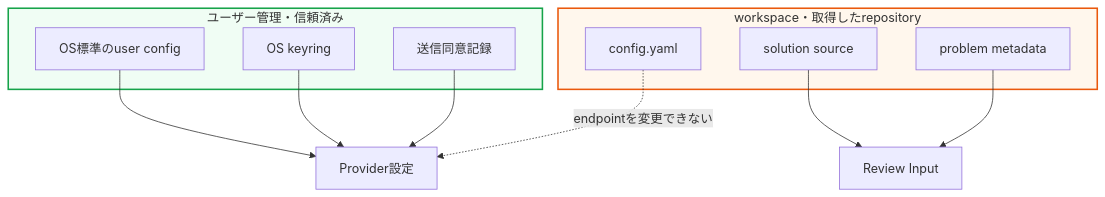
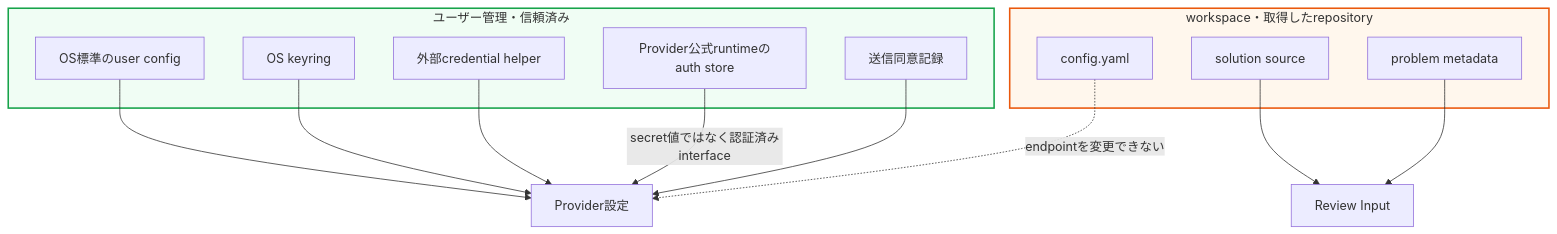
Before and after one commit to mgmaru/algo-loom: the second of 6 diagrams in design/llm-provider-design.md, drawn with Mermaid. The commit also changed other lines of this file, not shown here.

````diff
--- a/design/llm-provider-design.md
+++ b/design/llm-provider-design.md
@@ -215,24 +306,28 @@
 ```mermaid
 flowchart TB
     subgraph Trusted[ユーザー管理・信頼済み]
         GLOBAL[OS標準のuser config]
         KEYRING[OS keyring]
+        HELPER[外部credential helper]
+        RUNTIME[Provider公式runtimeのauth store]
         CONSENT[送信同意記録]
     end
 
     subgraph Untrusted[workspace・取得したrepository]
         PROJECT[config.yaml]
         SOURCE[solution source]
         META[problem metadata]
     end
 
     GLOBAL --> PROVIDER[Provider設定]
     KEYRING --> PROVIDER
+    HELPER --> PROVIDER
+    RUNTIME -->|secret値ではなく認証済みinterface| PROVIDER
     CONSENT --> PROVIDER
     PROJECT -. endpointを変更できない .-> PROVIDER
     SOURCE --> REVIEW[Review Input]
     META --> REVIEW
 
     style Trusted fill:#f0fdf4,stroke:#16a34a,stroke-width:2px
     style Untrusted fill:#fff7ed,stroke:#ea580c,stroke-width:2px
 ```
````
